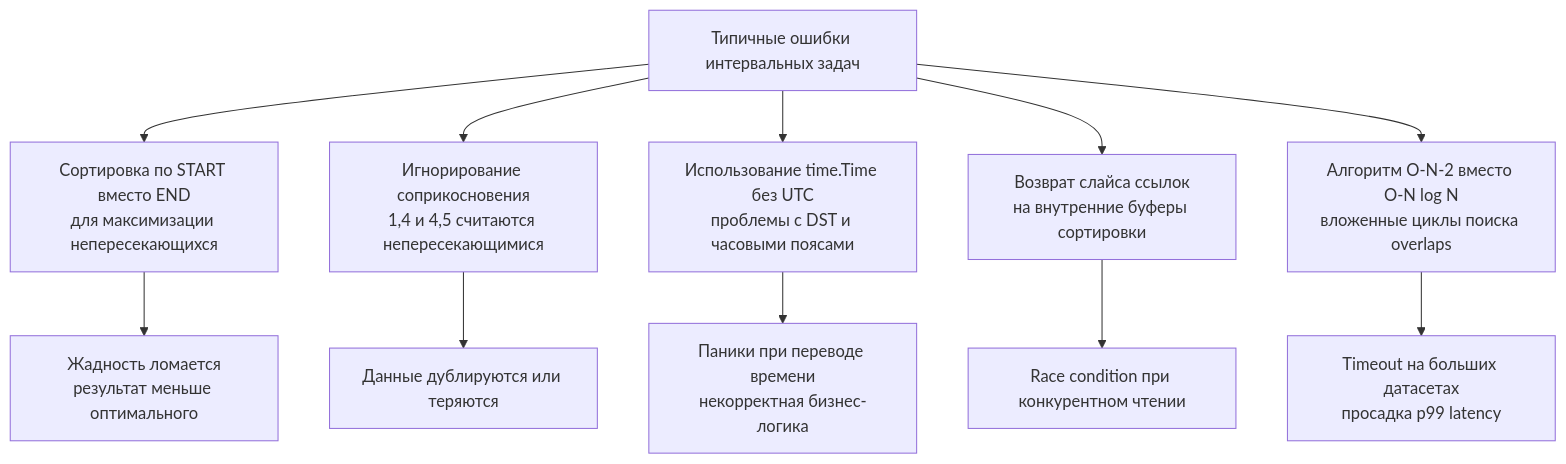
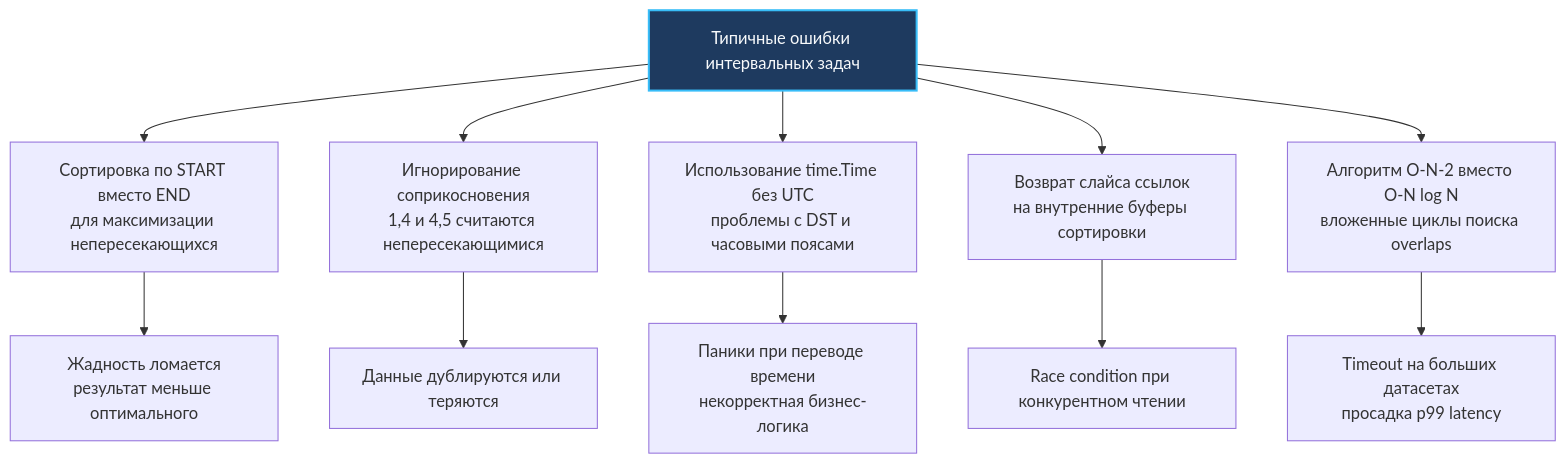
One commit to UnrealTemplier/go-textbook changed the second of 2 diagrams in sources/21. Задачи с LeetCode и собеседований на Go/02. Задачи/17. Жадные алгоритмы/2. Интервальные задачи.md. Above: the diagram before and after it, drawn with Mermaid. The commit also changed other lines of this file and 1666 other files, not shown here.

First line of the commit message:
feat(mermaid): add semantic color classDef to 1369 colorless flowchart/graph diagrams

````diff
--- a/sources/21. Задачи с LeetCode и собеседований на Go/02. Задачи/17. Жадные алгоритмы/2. Интервальные задачи.md
+++ b/sources/21. Задачи с LeetCode и собеседований на Go/02. Задачи/17. Жадные алгоритмы/2. Интервальные задачи.md
@@ -165,14 +175,24 @@
 ```mermaid
 flowchart TD
-  A["Типичные ошибки интервальных задач"] --> B["Сортировка по START вместо END<br>для максимизации непересекающихся"]
+    classDef process  fill:#1e293b,stroke:#38bdf8,stroke-width:1px,color:#f8fafc
+    classDef success  fill:#064e3b,stroke:#34d399,stroke-width:1px,color:#f8fafc
+    classDef error    fill:#7f1d1d,stroke:#f87171,stroke-width:1px,color:#f8fafc
+    classDef warning  fill:#78350f,stroke:#fbbf24,stroke-width:1px,color:#f8fafc
+    classDef entry    fill:#1e3a5f,stroke:#38bdf8,stroke-width:2px,color:#f8fafc
+    classDef aux      fill:#334155,stroke:#64748b,stroke-width:1px,color:#f8fafc
+    classDef system   fill:#312e81,stroke:#a78bfa,stroke-width:1px,color:#f8fafc
+    classDef data     fill:#132d29,stroke:#2dd4bf,stroke-width:1px,color:#f8fafc
+    classDef network  fill:#881337,stroke:#fb7185,stroke-width:1px,color:#f8fafc
+    classDef accent   fill:#1e1b4b,stroke:#818cf8,stroke-width:1px,color:#f8fafc
+  A["Типичные ошибки интервальных задач"]:::entry --> B["Сортировка по START вместо END<br>для максимизации непересекающихся"]
   A --> C["Игнорирование соприкосновения<br>1,4 и 4,5 считаются непересекающимися"]
   A --> D["Использование time.Time без UTC<br>проблемы с DST и часовыми поясами"]
   A --> E["Возврат слайса ссылок<br>на внутренние буферы сортировки"]
   A --> F["Алгоритм O-N-2 вместо O-N log N<br>вложенные циклы поиска overlaps"]
   
   B --> G["Жадность ломается<br>результат меньше оптимального"]
   C --> H["Данные дублируются или теряются"]
   D --> I["Паники при переводе времени<br>некорректная бизнес-логика"]
   E --> J["Race condition при конкурентном чтении"]
   F --> K["Timeout на больших датасетах<br>просадка p99 latency"]
 ```
````
